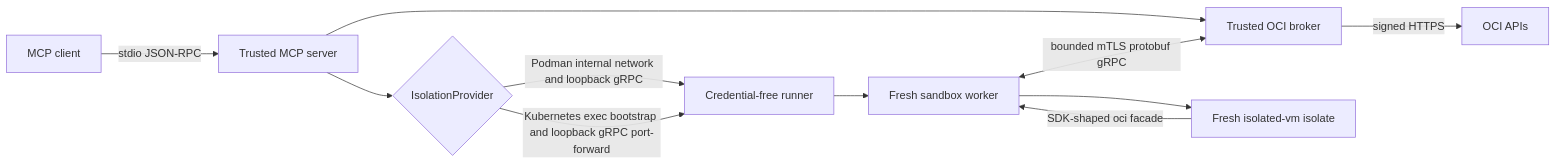
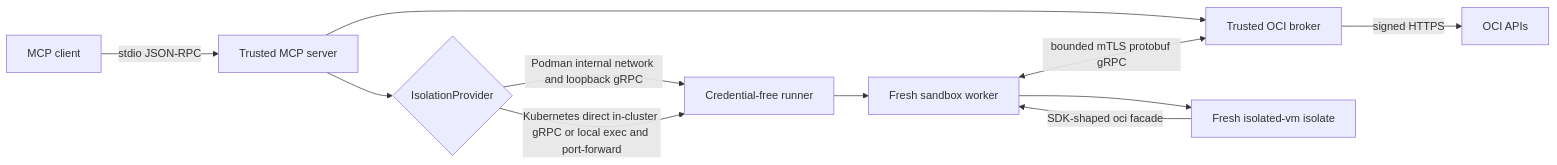
Before and after one commit to oracle/mcp: the first of 2 diagrams in src/oci-javascript-mcp-server/docs/architecture-and-isolation-design.md, drawn with Mermaid. The commit also changed other lines of this file and 9 other files, not shown here.

Commit message:
docs: document direct Kubernetes gRPC deployment and validation

````diff
--- a/src/oci-javascript-mcp-server/docs/architecture-and-isolation-design.md
+++ b/src/oci-javascript-mcp-server/docs/architecture-and-isolation-design.md
@@ -192,13 +192,13 @@
 ```mermaid
 flowchart LR
   C[MCP client] -->|stdio JSON-RPC| S[Trusted MCP server]
   S --> B[Trusted OCI broker]
   B -->|signed HTTPS| O[OCI APIs]
   S --> P{IsolationProvider}
   P -->|Podman internal network and loopback gRPC| R[Credential-free runner]
-  P -->|Kubernetes exec bootstrap and loopback gRPC port-forward| R
+  P -->|Kubernetes direct in-cluster gRPC or local exec and port-forward| R
   R --> W[Fresh sandbox worker]
   W --> V[Fresh isolated-vm isolate]
   V -->|SDK-shaped oci facade| W
   W <-->|bounded mTLS protobuf gRPC| B
 ```
````
